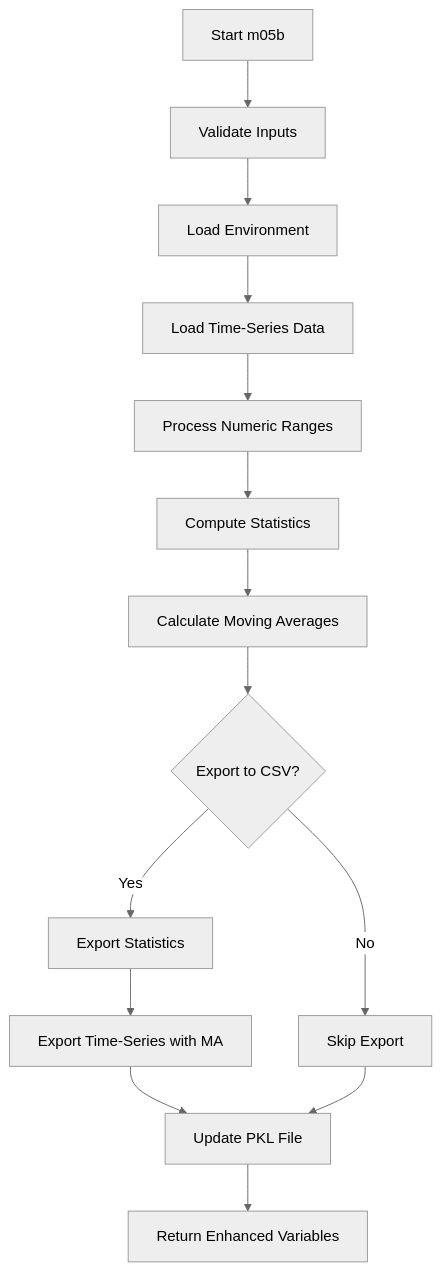
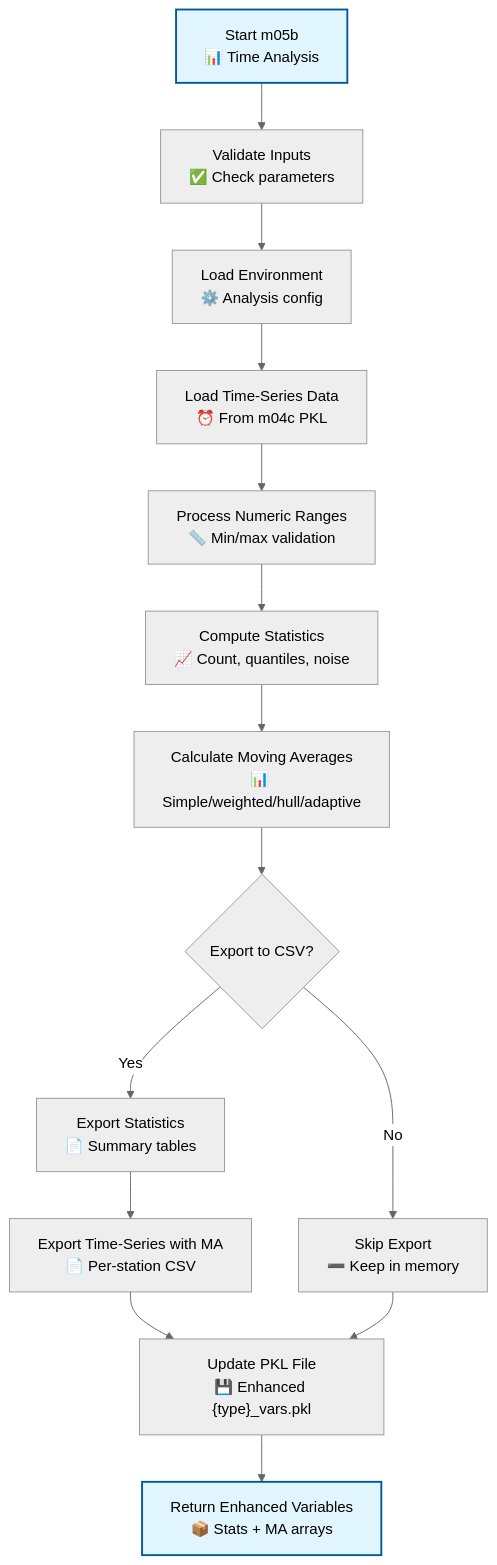
The diagram in docs/scripts/mains/m05b_time_sensitive_analysis.md (sasa-misia/P-SLIP), drawn with Mermaid (neutral theme) before and after one commit. The commit also changed 15 other files, not shown here.

Commit message:
docs: enhance documentation with detailed flowcharts and improve clarity in process descriptions

````diff
--- a/docs/scripts/mains/m05b_time_sensitive_analysis.md
+++ b/docs/scripts/mains/m05b_time_sensitive_analysis.md
@@ -212,16 +212,21 @@
 ```mermaid
 graph TD
-    A[Start m05b] --> B[Validate Inputs]
-    B --> C[Load Environment]
-    C --> D[Load Time-Series Data]
-    D --> E[Process Numeric Ranges]
-    E --> F[Compute Statistics]
-    F --> G[Calculate Moving Averages]
+    %% Time-Sensitive Analysis Flow
+    A["Start m05b<br/>📊 Time Analysis"] --> B["Validate Inputs<br/>✅ Check parameters"]
+    B --> C["Load Environment<br/>⚙️ Analysis config"]
+    C --> D["Load Time-Series Data<br/>⏰ From m04c PKL"]
+    D --> E["Process Numeric Ranges<br/>📏 Min/max validation"]
+    E --> F["Compute Statistics<br/>📈 Count, quantiles, noise"]
+    F --> G["Calculate Moving Averages<br/>📊 Simple/weighted/hull/adaptive"]
     G --> H{Export to CSV?}
-    H -->|Yes| I[Export Statistics]
-    I --> J[Export Time-Series with MA]
-    H -->|No| K[Skip Export]
-    J --> L[Update PKL File]
+    H -->|Yes| I["Export Statistics<br/>📄 Summary tables"]
+    I --> J["Export Time-Series with MA<br/>📄 Per-station CSV"]
+    H -->|No| K["Skip Export<br/>➖ Keep in memory"]
+    J --> L["Update PKL File<br/>💾 Enhanced {type}_vars.pkl"]
     K --> L
-    L --> M[Return Enhanced Variables]
+    L --> M["Return Enhanced Variables<br/>📦 Stats + MA arrays"]
+    
+    %% Styling
+    style A fill:#e1f5fe,stroke:#01579b,stroke-width:2px
+    style M fill:#e1f5fe,stroke:#01579b,stroke-width:2px
 ```
````
